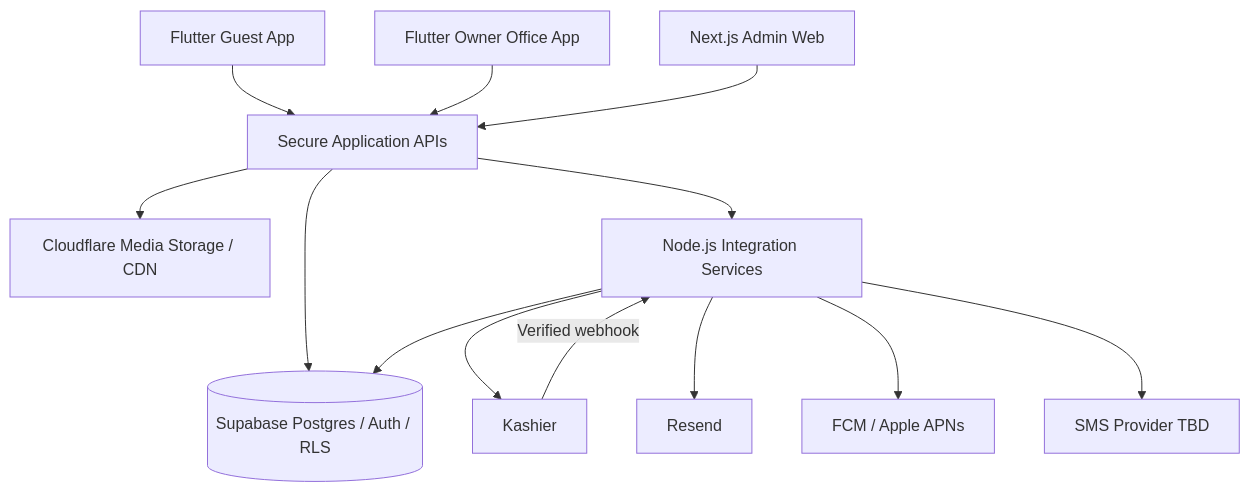
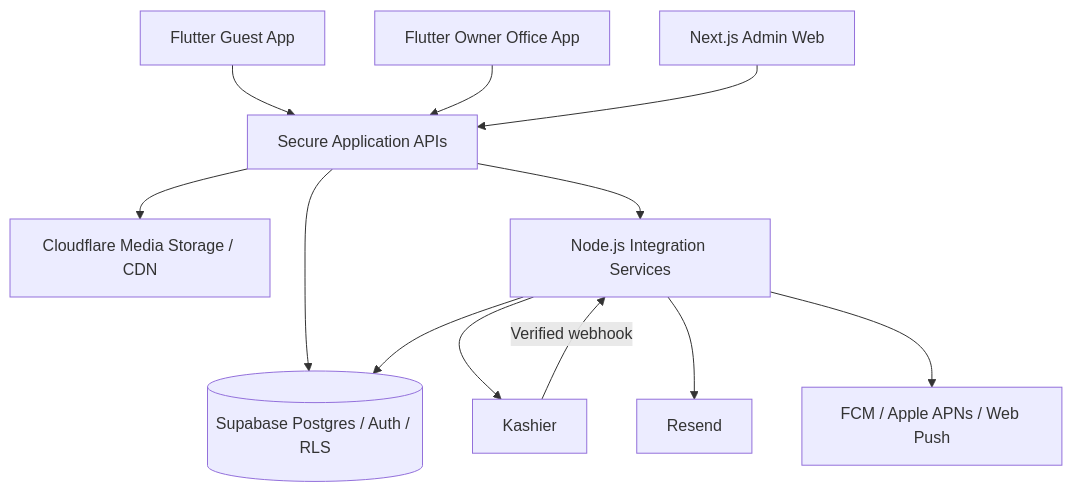
Before and after one commit to MostafaTaha418/onair-guest-app: the diagram in docs/OnAir Master Plan.md, drawn with Mermaid. The commit also changed other lines of this file and 86 other files, not shown here.

````diff
--- a/docs/OnAir Master Plan.md
+++ b/docs/OnAir Master Plan.md
@@ -585,15 +602,14 @@
 ```mermaid
 flowchart TD
   GA[Flutter Guest App] --> API[Secure Application APIs]
   OA[Flutter Owner Office App] --> API
   AW[Next.js Admin Web] --> API
   API --> SB[(Supabase Postgres / Auth / RLS)]
   API --> CF[Cloudflare Media Storage / CDN]
   API --> NS[Node.js Integration Services]
   NS --> KA[Kashier]
   NS --> RE[Resend]
-  NS --> PU[FCM / Apple APNs]
-  NS --> SM[SMS Provider TBD]
+  NS --> PU[FCM / Apple APNs / Web Push]
   NS --> SB
   KA -->|Verified webhook| NS
 ```
````
